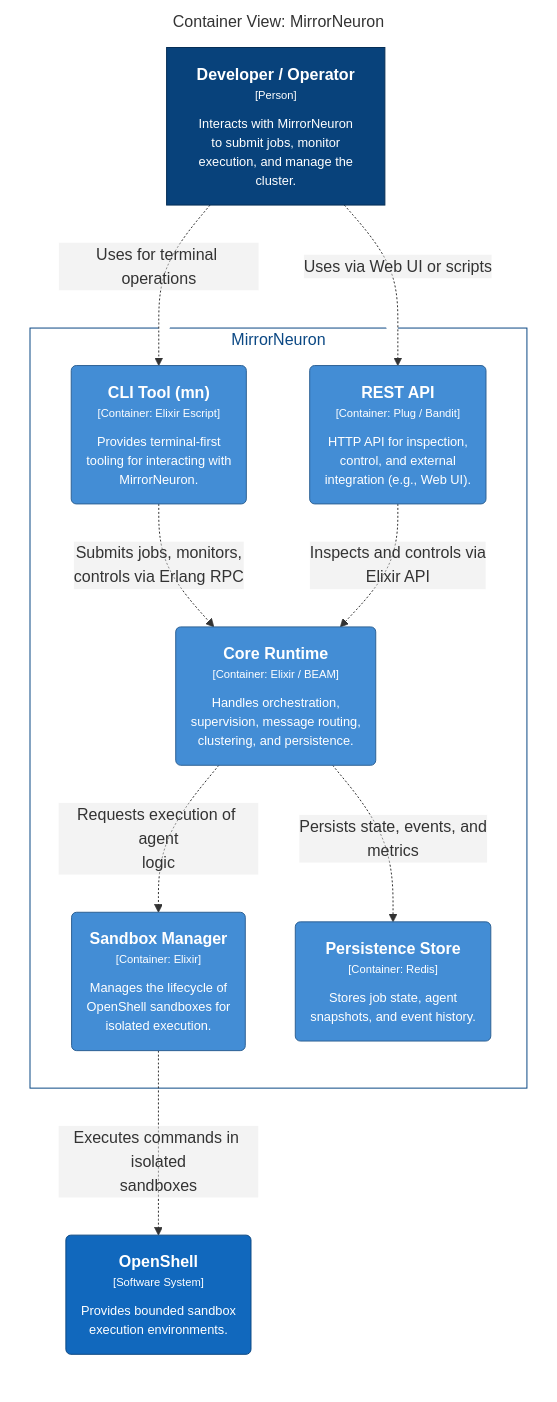
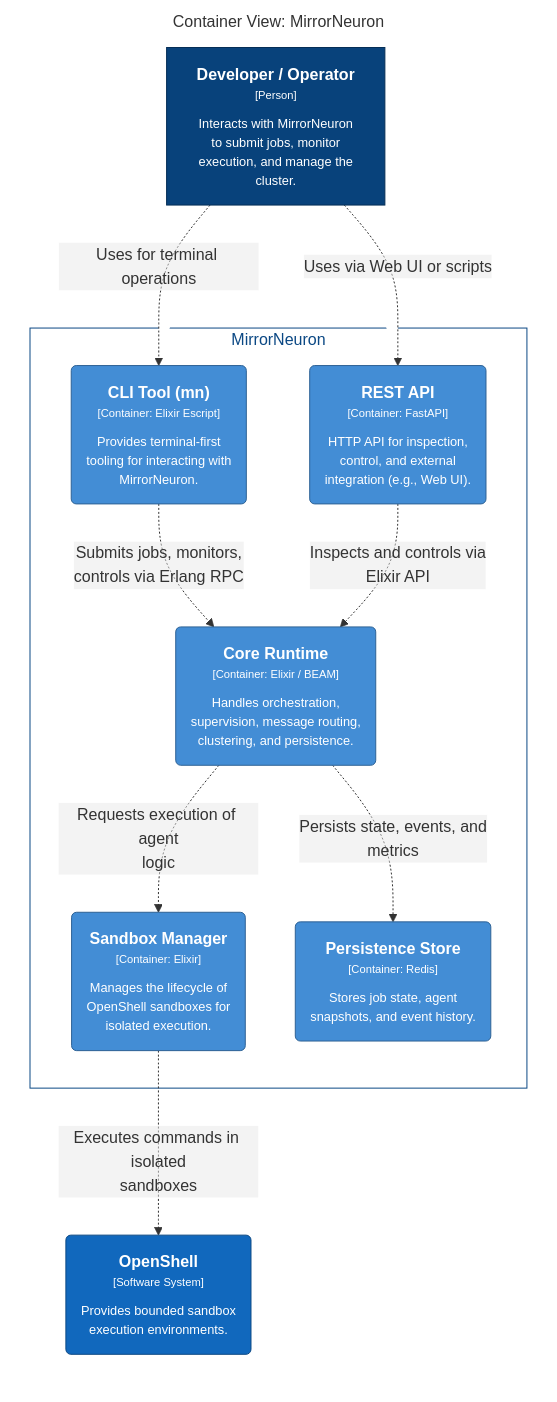
The second of 4 diagrams in architect.md (MirrorNeuronLab/mn-docs), drawn with Mermaid before and after one commit. The commit also changed 17 other files, not shown here.

````diff
--- a/architect.md
+++ b/architect.md
@@ -40,37 +40,37 @@
 ```mermaid
 graph LR
   linkStyle default fill:#ffffff
 
   subgraph diagram ["Container View: MirrorNeuron"]
     style diagram fill:#ffffff,stroke:#ffffff
 
     1["<div style='font-weight: bold'>Developer / Operator</div><div style='font-size: 70%; margin-top: 0px'>[Person]</div><div style='font-size: 80%; margin-top:10px'>Interacts with MirrorNeuron<br />to submit jobs, monitor<br />execution, and manage the<br />cluster.</div>"]
     style 1 fill:#08427b,stroke:#052e56,color:#ffffff
     15("<div style='font-weight: bold'>OpenShell</div><div style='font-size: 70%; margin-top: 0px'>[Software System]</div><div style='font-size: 80%; margin-top:10px'>Provides bounded sandbox<br />execution environments.</div>")
     style 15 fill:#1168bd,stroke:#0b4884,color:#ffffff
 
     subgraph 2 ["MirrorNeuron"]
       style 2 fill:#ffffff,stroke:#0b4884,color:#0b4884
 
       11("<div style='font-weight: bold'>Sandbox Manager</div><div style='font-size: 70%; margin-top: 0px'>[Container: Elixir]</div><div style='font-size: 80%; margin-top:10px'>Manages the lifecycle of<br />OpenShell sandboxes for<br />isolated execution.</div>")
       style 11 fill:#438dd5,stroke:#2e6295,color:#ffffff
       14("<div style='font-weight: bold'>Persistence Store</div><div style='font-size: 70%; margin-top: 0px'>[Container: Redis]</div><div style='font-size: 80%; margin-top:10px'>Stores job state, agent<br />snapshots, and event history.</div>")
       style 14 fill:#438dd5,stroke:#2e6295,color:#ffffff
       3("<div style='font-weight: bold'>CLI Tool (mn)</div><div style='font-size: 70%; margin-top: 0px'>[Container: Elixir Escript]</div><div style='font-size: 80%; margin-top:10px'>Provides terminal-first<br />tooling for interacting with<br />MirrorNeuron.</div>")
       style 3 fill:#438dd5,stroke:#2e6295,color:#ffffff
-      4("<div style='font-weight: bold'>REST API</div><div style='font-size: 70%; margin-top: 0px'>[Container: Plug / Bandit]</div><div style='font-size: 80%; margin-top:10px'>HTTP API for inspection,<br />control, and external<br />integration (e.g., Web UI).</div>")
+      4("<div style='font-weight: bold'>REST API</div><div style='font-size: 70%; margin-top: 0px'>[Container: FastAPI]</div><div style='font-size: 80%; margin-top:10px'>HTTP API for inspection,<br />control, and external<br />integration (e.g., Web UI).</div>")
       style 4 fill:#438dd5,stroke:#2e6295,color:#ffffff
       5("<div style='font-weight: bold'>Core Runtime</div><div style='font-size: 70%; margin-top: 0px'>[Container: Elixir / BEAM]</div><div style='font-size: 80%; margin-top:10px'>Handles orchestration,<br />supervision, message routing,<br />clustering, and persistence.</div>")
       style 5 fill:#438dd5,stroke:#2e6295,color:#ffffff
     end
 
     1-. "<div>Uses for terminal operations</div><div style='font-size: 70%'></div>" .->3
     1-. "<div>Uses via Web UI or scripts</div><div style='font-size: 70%'></div>" .->4
     3-. "<div>Submits jobs, monitors,<br />controls via Erlang RPC</div><div style='font-size: 70%'></div>" .->5
     4-. "<div>Inspects and controls via<br />Elixir API</div><div style='font-size: 70%'></div>" .->5
     5-. "<div>Persists state, events, and<br />metrics</div><div style='font-size: 70%'></div>" .->14
     5-. "<div>Requests execution of agent<br />logic</div><div style='font-size: 70%'></div>" .->11
     11-. "<div>Executes commands in isolated<br />sandboxes</div><div style='font-size: 70%'></div>" .->15
 
   end
 ```
````
